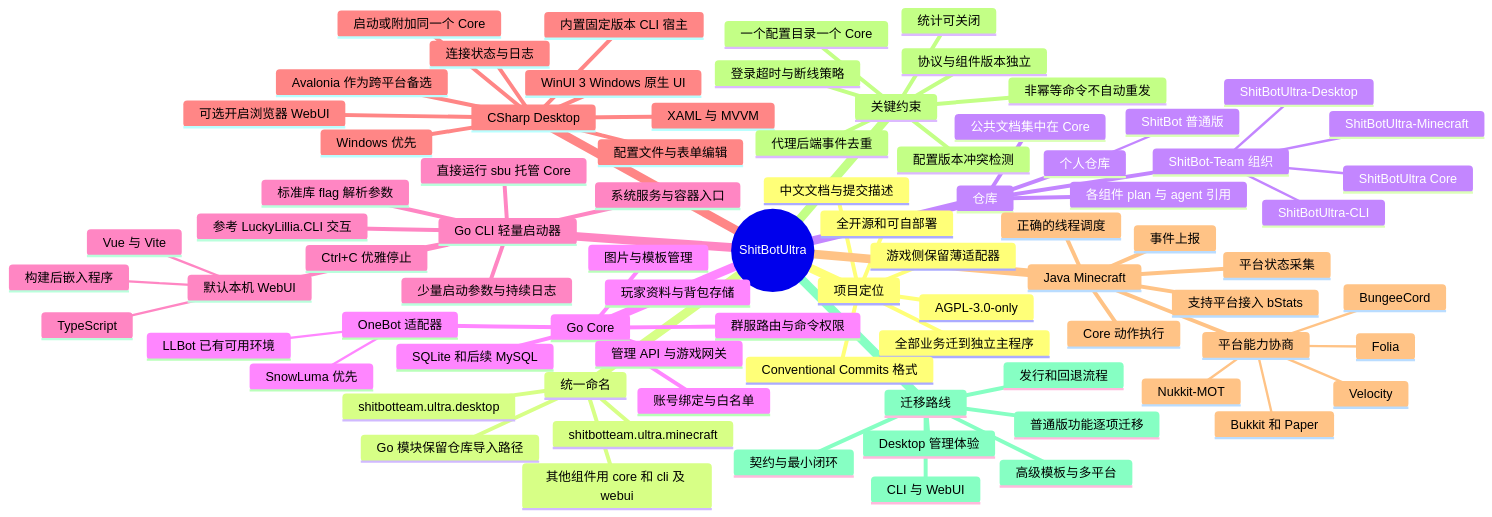
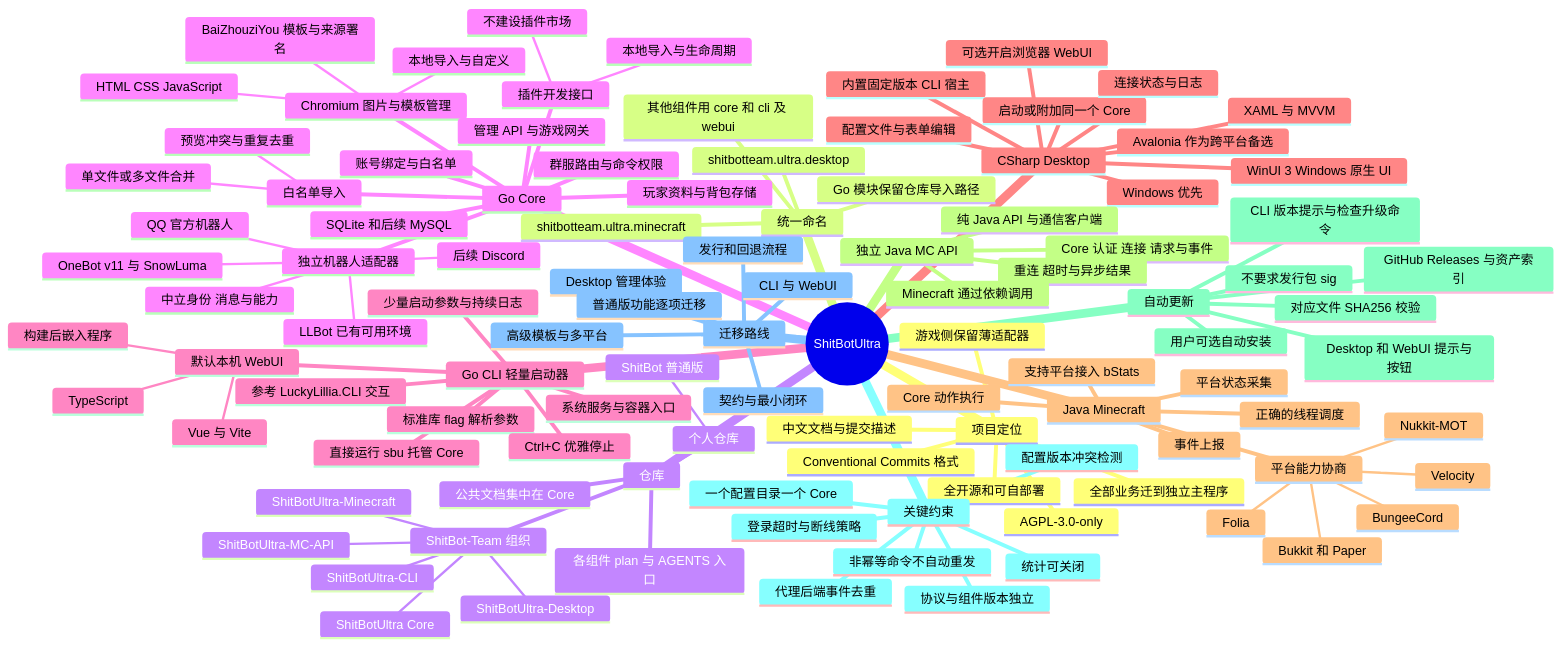
The diagram in docs/plan/04-思维导图.md (ShitBot-Team/ShitBotUltra), drawn with Mermaid before and after one commit. The commit also changed other lines of this file and 8 other files, not shown here.

```diff
--- a/docs/plan/04-思维导图.md
+++ b/docs/plan/04-思维导图.md
@@ -25,17 +25,30 @@
         ShitBotUltra-CLI
         ShitBotUltra-Desktop
         ShitBotUltra-Minecraft
+        ShitBotUltra-MC-API
       公共文档集中在 Core
-      各组件 plan 与 agent 引用
+      各组件 plan 与 AGENTS 入口
     Go Core
       账号绑定与白名单
       群服路由与命令权限
       玩家资料与背包存储
-      图片与模板管理
+      Chromium 图片与模板管理
+        HTML CSS JavaScript
+        本地导入与自定义
+        BaiZhouziYou 模板与来源署名
+      插件开发接口
+        本地导入与生命周期
+        不建设插件市场
+      白名单导入
+        单文件或多文件合并
+        预览冲突与重复去重
       SQLite 和后续 MySQL
-      OneBot 适配器
-        SnowLuma 优先
+      独立机器人适配器
+        OneBot v11 与 SnowLuma
         LLBot 已有可用环境
+        QQ 官方机器人
+        后续 Discord
+        中立身份 消息与能力
       管理 API 与游戏网关
     Go CLI 轻量启动器
       参考 LuckyLillia.CLI 交互
@@ -70,6 +83,18 @@
         BungeeCord
         Nukkit-MOT
       支持平台接入 bStats
+    独立 Java MC API
+      纯 Java API 与通信客户端
+      Core 认证 连接 请求与事件
+      重连 超时与异步结果
+      Minecraft 通过依赖调用
+    自动更新
+      GitHub Releases 与资产索引
+      CLI 版本提示与检查升级命令
+      Desktop 和 WebUI 提示与按钮
+      用户可选自动安装
+      对应文件 SHA256 校验
+      不要求发行包 sig
     关键约束
       一个配置目录一个 Core
       配置版本冲突检测
```
